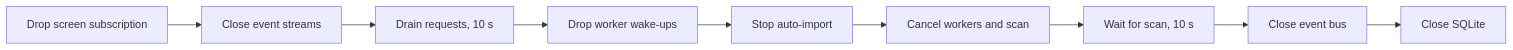
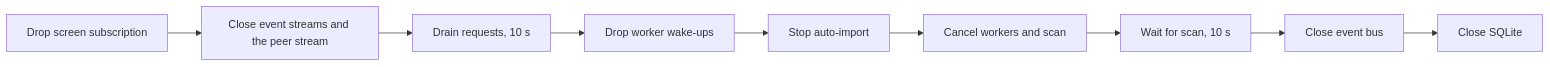
One commit to syudead/vv changed the third of 3 diagrams in docs/design-docs/process-lifecycle.md. Above: the diagram before and after it, drawn with Mermaid. The commit also changed other lines of this file and 21 other files, not shown here.

````diff
--- a/docs/design-docs/process-lifecycle.md
+++ b/docs/design-docs/process-lifecycle.md
@@ -85,11 +85,11 @@
 ```mermaid
 flowchart LR
-  screen[Drop screen subscription] --> streams[Close event streams]
+  screen[Drop screen subscription] --> streams[Close event streams and the peer stream]
   streams --> drain[Drain requests, 10 s]
   drain --> wake[Drop worker wake-ups]
   wake --> auto[Stop auto-import]
   auto --> cancel[Cancel workers and scan]
   cancel --> scan[Wait for scan, 10 s]
   scan --> bus[Close event bus]
   bus --> db[Close SQLite]
 ```
````
